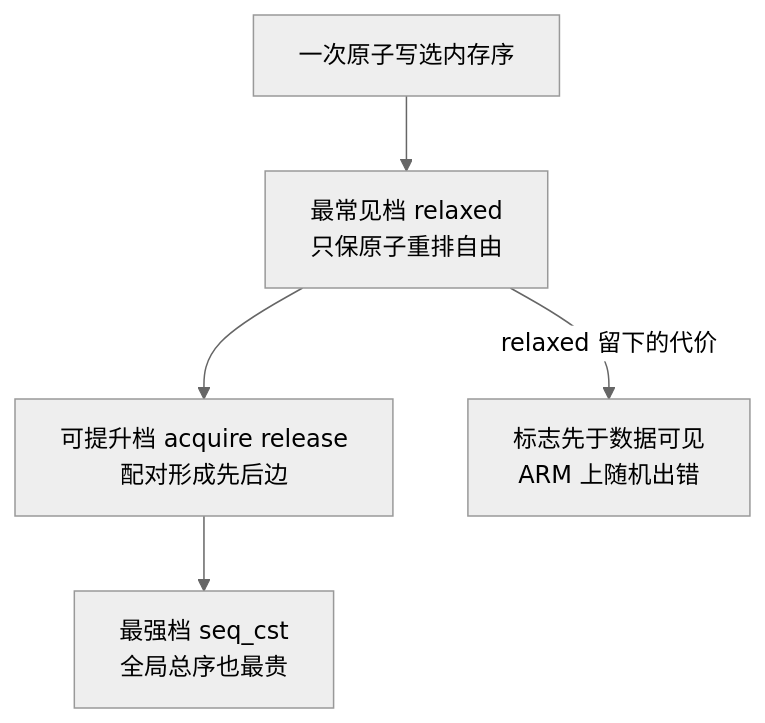
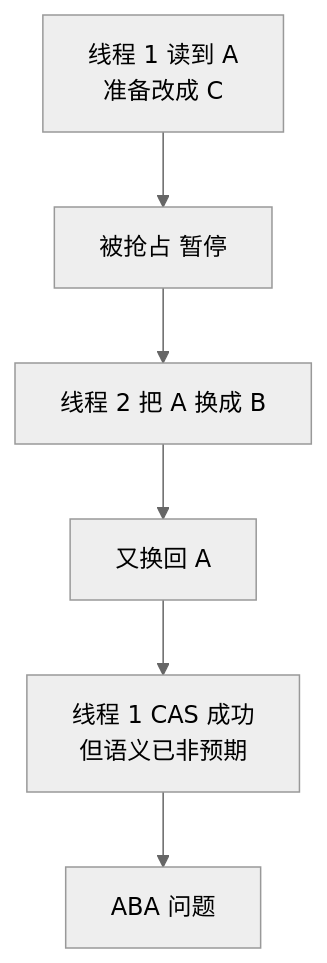
The first of 3 diagrams in vault/工程知识/性能工程：从用户等待到资源瓶颈/处理器与内存/无锁数据结构的证据门槛：CAS与内存序.md (hub138/technical-knowledge), drawn with Mermaid (neutral theme) before and after one commit. The commit also changed other lines of this file and 622 other files, not shown here.

````diff
--- a/vault/工程知识/性能工程：从用户等待到资源瓶颈/处理器与内存/无锁数据结构的证据门槛：CAS与内存序.md
+++ b/vault/工程知识/性能工程：从用户等待到资源瓶颈/处理器与内存/无锁数据结构的证据门槛：CAS与内存序.md
@@ -52,7 +45,8 @@
 ```mermaid
-graph TD
-    A["一次原子写选内存序"] --> B["最常见档 relaxed<br/>只保原子重排自由"]
-    B --> C["可提升档 acquire release<br/>配对形成先后边"]
-    C --> D["最强档 seq_cst<br/>全局总序也最贵"]
-    B -->|relaxed 留下的代价| E["标志先于数据可见<br/>ARM 上随机出错"]
+flowchart TB
+    T1["线程 1 读到 A<br/>准备改成 C"] --> P["被抢占 暂停"]
+    P --> T2["线程 2 把 A 换成 B"]
+    T2 --> T2b["又换回 A"]
+    T2b --> T1c["线程 1 CAS 成功<br/>但语义已非预期"]
+    T1c --> X["ABA 问题"]
 ```
````
